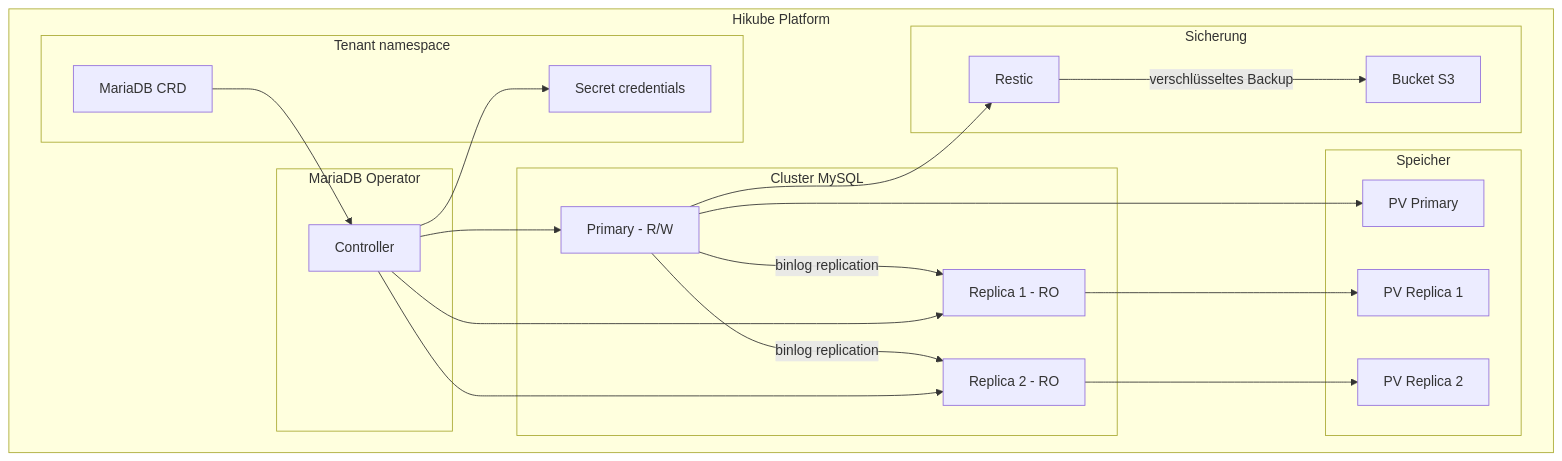
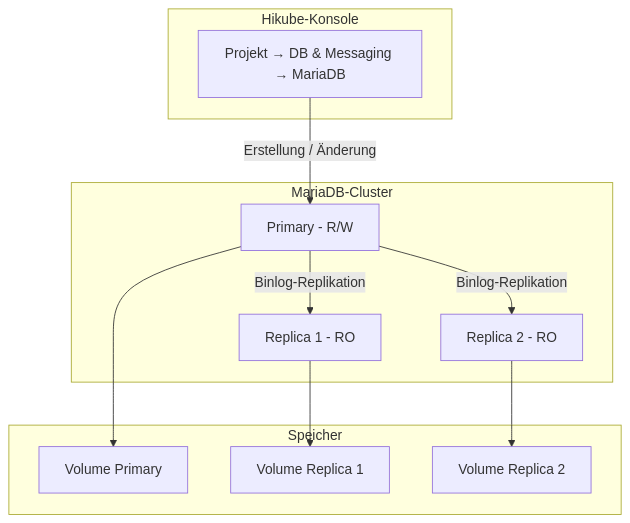
The first of 2 diagrams in i18n/de/docusaurus-plugin-content-docs/current/services/databases/mariadb/concepts.md (HidoraSwiss/hikube-public-doc), drawn with Mermaid before and after one commit. The commit also changed other lines of this file and 148 other files, not shown here.

````diff
--- a/i18n/de/docusaurus-plugin-content-docs/current/services/databases/mariadb/concepts.md
+++ b/i18n/de/docusaurus-plugin-content-docs/current/services/databases/mariadb/concepts.md
@@ -12,43 +12,25 @@
 ```mermaid
 graph TB
-    subgraph "Hikube Platform"
-        subgraph "Tenant namespace"
-            CR[MariaDB CRD]
-            SEC[Secret credentials]
-        end
-
-        subgraph "MariaDB Operator"
-            OP[Controller]
-        end
-
-        subgraph "Cluster MySQL"
-            P[Primary - R/W]
-            R1[Replica 1 - RO]
-            R2[Replica 2 - RO]
-        end
-
-        subgraph "Speicher"
-            PV1[PV Primary]
-            PV2[PV Replica 1]
-            PV3[PV Replica 2]
-        end
-
-        subgraph "Sicherung"
-            S3[Bucket S3]
-            RES[Restic]
-        end
+    subgraph "Hikube-Konsole"
+        UI[Projekt → DB & Messaging → MariaDB]
     end
 
-    CR --> OP
-    OP --> P
-    OP --> R1
-    OP --> R2
-    P -->|binlog replication| R1
-    P -->|binlog replication| R2
+    subgraph "MariaDB-Cluster"
+        P[Primary - R/W]
+        R1[Replica 1 - RO]
+        R2[Replica 2 - RO]
+    end
+
+    subgraph "Speicher"
+        PV1[Volume Primary]
+        PV2[Volume Replica 1]
+        PV3[Volume Replica 2]
+    end
+
+    UI -->|Erstellung / Änderung| P
+    P -->|Binlog-Replikation| R1
+    P -->|Binlog-Replikation| R2
     P --> PV1
     R1 --> PV2
     R2 --> PV3
-    RES -->|verschlüsseltes Backup| S3
-    P --> RES
-    OP --> SEC
 ```
````
